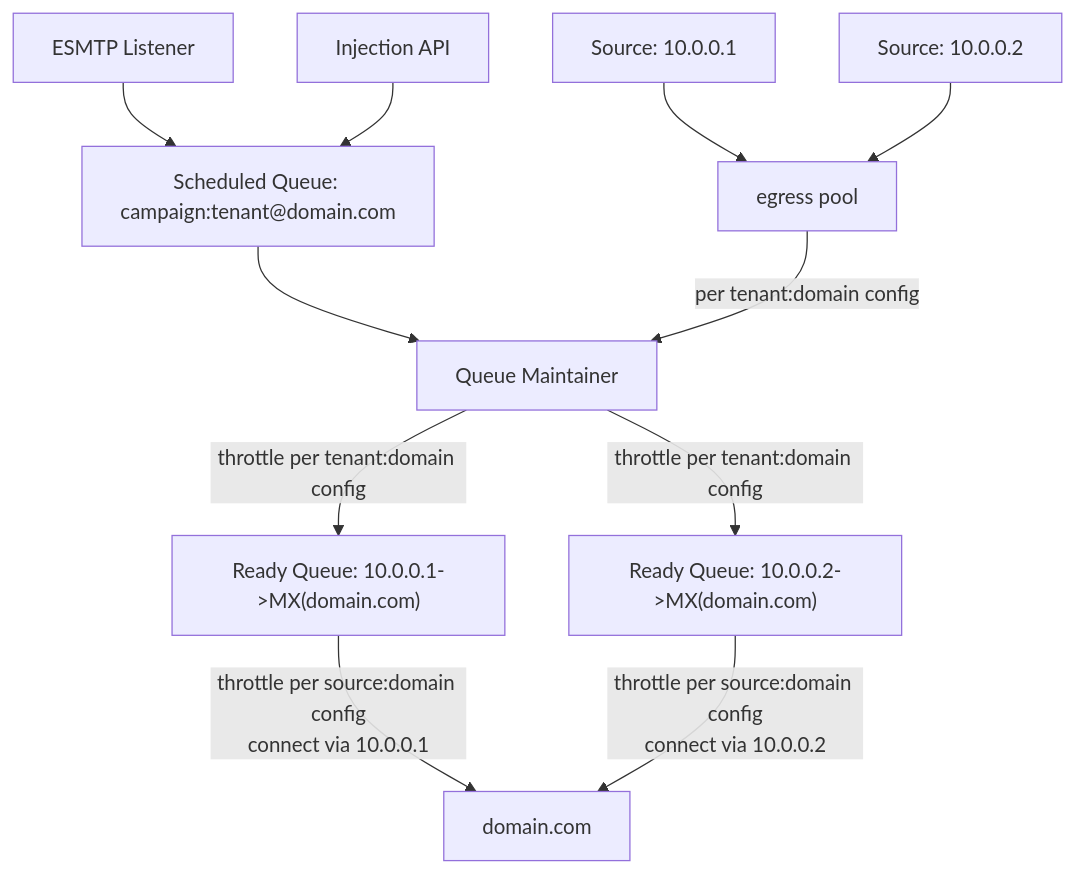
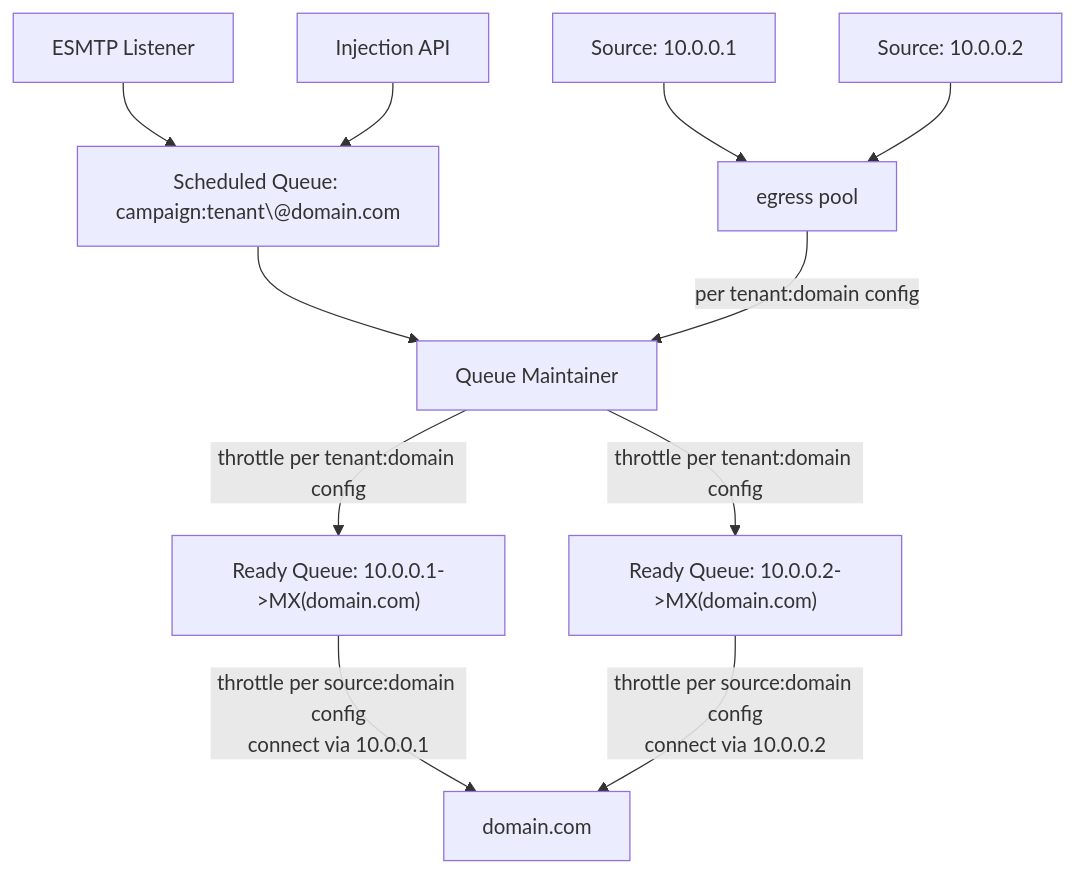
Before and after one commit to KumoCorp/kumomta: the diagram in docs/reference/queues.md, drawn with Mermaid.

Commit message:
docs: fixup mermaidjs issue
This used to work fine, but recently started to bleed through
some control characters

closes: https://github.com/KumoCorp/kumomta/issues/323

````diff
--- a/docs/reference/queues.md
+++ b/docs/reference/queues.md
@@ -216,24 +216,24 @@
 ```mermaid
 graph TD
-   SQ["Scheduled Queue: campaign:tenant@domain.com"]
+   SQ["Scheduled Queue: campaign:tenant\@domain.com"]
    SMTPL["ESMTP Listener"]
    HTTPI["Injection API"]
    RQ1["Ready Queue: 10.0.0.1->MX(domain.com)"]
    RQ2["Ready Queue: 10.0.0.2->MX(domain.com)"]
    POOL["egress pool"]
    IP1["Source: 10.0.0.1"]
    IP2["Source: 10.0.0.2"]
    MAINT["Queue Maintainer"]
    DESTSITE["domain.com"]
 
    SMTPL --> SQ
    HTTPI --> SQ
    SQ --> MAINT
    IP1 --> POOL
    IP2 --> POOL
    POOL -- per tenant:domain config --> MAINT
    MAINT -- throttle per tenant:domain config --> RQ1
    MAINT -- throttle per tenant:domain config --> RQ2
-   RQ1 -- throttle per source:domain config\nconnect via 10.0.0.1 --> DESTSITE
-   RQ2 -- throttle per source:domain config\nconnect via 10.0.0.2 --> DESTSITE
+   RQ1 -- throttle per source:domain config<br>connect via 10.0.0.1 --> DESTSITE
+   RQ2 -- throttle per source:domain config<br>connect via 10.0.0.2 --> DESTSITE
 ```
````
